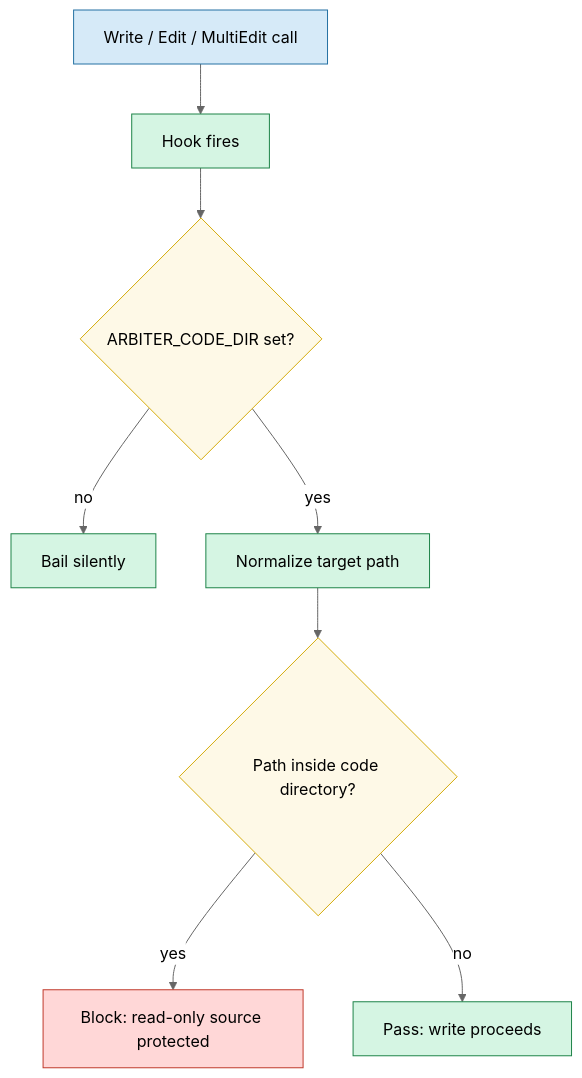
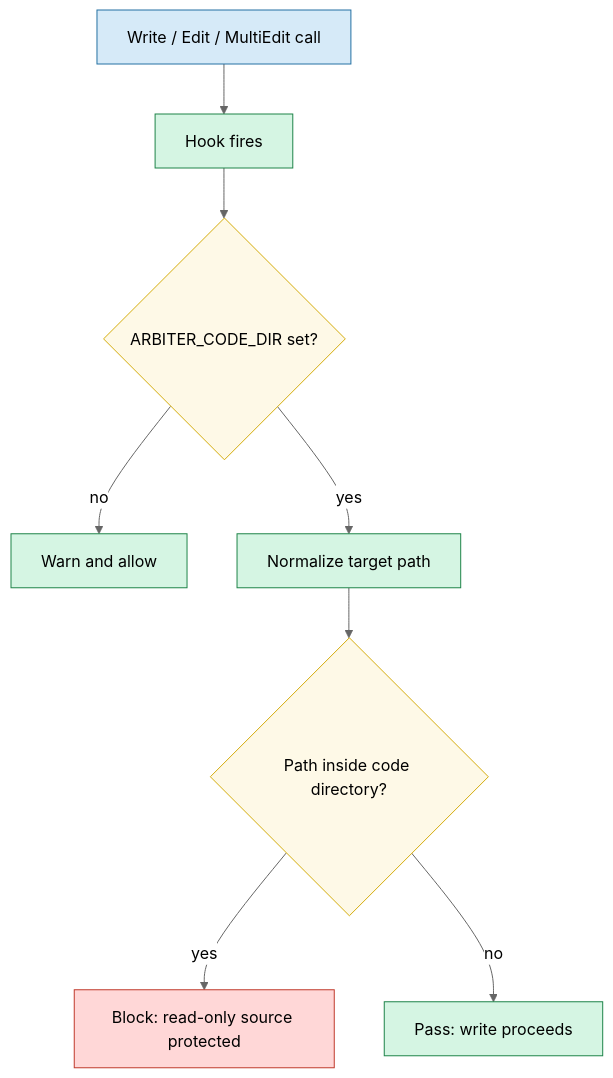
One commit to qh-dipenpatel/Arbiter changed the fifth of 8 diagrams in docs/hooks.md. Above: the diagram before and after it, drawn with Mermaid (neutral theme). The commit also changed other lines of this file and 2 other files, not shown here.

Commit message:
Rewrite the README around the harness idea with diagrams, move the PHI limits list into the hook reference with corrected hook counts, and remove the MIT license for the internal repo

````diff
--- a/docs/hooks.md
+++ b/docs/hooks.md
@@ -201,27 +201,27 @@
 ```mermaid
 flowchart TD
   classDef actor    fill:#d6eaf8,stroke:#2471a3
   classDef core     fill:#d5f5e3,stroke:#1e8449
   classDef decision fill:#fef9e7,stroke:#d4ac0d
   classDef problem  fill:#ffd7d7,stroke:#c0392b
 
   A["Write / Edit / MultiEdit call"]
   B["Hook fires"]
   C{"ARBITER_CODE_DIR set?"}
-  D["Bail silently"]
+  D["Warn and allow"]
   E["Normalize target path"]
   F{"Path inside code directory?"}
   G["Block: read-only source protected"]
   H["Pass: write proceeds"]
 
   A --> B --> C
   C -- no --> D
   C -- yes --> E --> F
   F -- yes --> G
   F -- no --> H
 
   class A actor
   class B,D,E,H core
   class C,F decision
   class G problem
 ```
````
